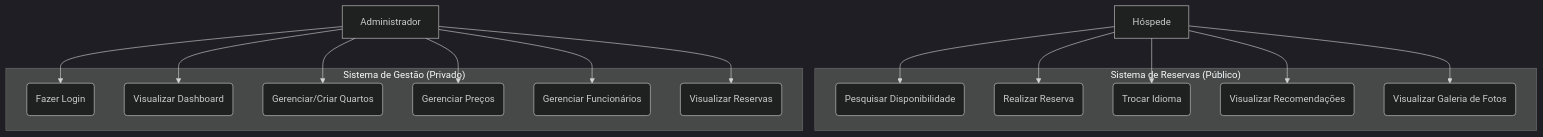
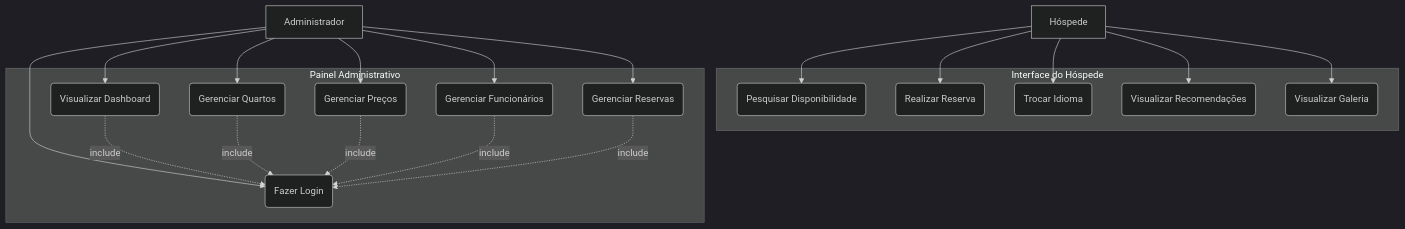
One commit to gabriel1234-lab/Albergue changed the diagram in DOCUMENTATION.md. Above: the diagram before and after it, drawn with Mermaid (dark theme). The commit also changed other lines of this file and 6 other files, not shown here.

````diff
--- a/DOCUMENTATION.md
+++ b/DOCUMENTATION.md
@@ -12,35 +12,42 @@
 ```mermaid
 graph TD
     Guest[Hóspede]
     Admin[Administrador]
 
-    subgraph "Sistema de Reservas (Público)"
+    subgraph "Interface do Hóspede"
         UC1(Pesquisar Disponibilidade)
         UC2(Realizar Reserva)
         UC3(Trocar Idioma)
         UC4(Visualizar Recomendações)
-        UC10(Visualizar Galeria de Fotos)
+        UC10(Visualizar Galeria)
     end
 
-    subgraph "Sistema de Gestão (Privado)"
+    subgraph "Painel Administrativo"
         UC5(Fazer Login)
         UC9(Visualizar Dashboard)
-        UC6(Gerenciar/Criar Quartos)
+        UC6(Gerenciar Quartos)
         UC7(Gerenciar Preços)
         UC8(Gerenciar Funcionários)
-        UC11(Visualizar Reservas)
+        UC11(Gerenciar Reservas)
     end
 
     Guest --> UC1
     Guest --> UC2
     Guest --> UC3
     Guest --> UC4
     Guest --> UC10
 
     Admin --> UC5
     Admin --> UC9
     Admin --> UC6
     Admin --> UC7
     Admin --> UC8
     Admin --> UC11
+
+    %% Relacionamentos de Inclusão (Simulados no diagrama)
+    UC9 -.->|include| UC5
+    UC6 -.->|include| UC5
+    UC7 -.->|include| UC5
+    UC8 -.->|include| UC5
+    UC11 -.->|include| UC5
 ```
````
